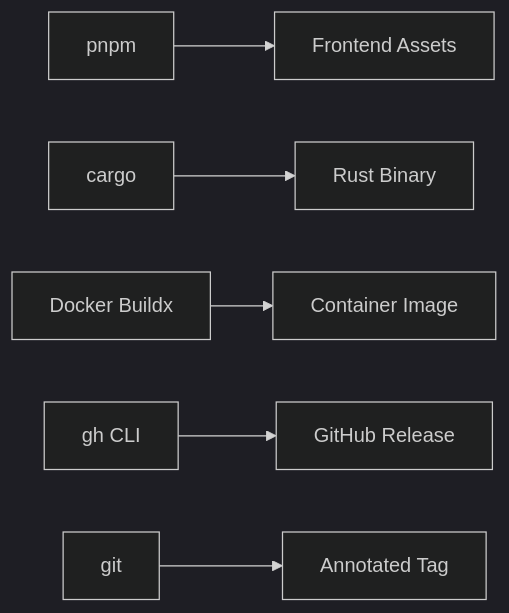
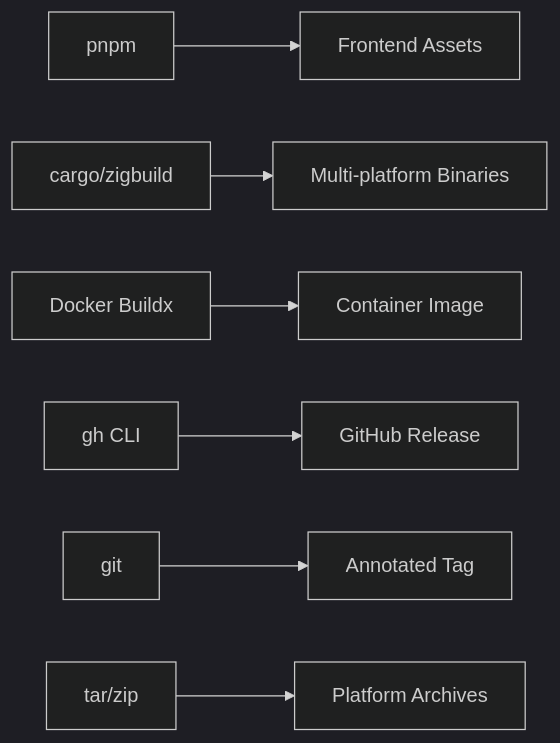
The seventh of 7 diagrams in .qoder/repowiki/en/content/Deployment & Operations/Release Process.md (sutanto1010/crablite), drawn with Mermaid (dark theme) before and after one commit. The commit also changed other lines of this file and 7 other files, not shown here.

First line of the commit message:
docs(architecture): update detailed system architecture and documentation

````diff
--- a/.qoder/repowiki/en/content/Deployment & Operations/Release Process.md
+++ b/.qoder/repowiki/en/content/Deployment & Operations/Release Process.md
@@ -376,8 +458,9 @@
 ```mermaid
 graph LR
 Pnpm["pnpm"] --> FEAssets["Frontend Assets"]
-Cargo["cargo"] --> Binary["Rust Binary"]
+Cargo["cargo/zigbuild"] --> Binary["Multi-platform Binaries"]
 Docker["Docker Buildx"] --> Image["Container Image"]
 GHCLI["gh CLI"] --> Release["GitHub Release"]
 Git["git"] --> Tag["Annotated Tag"]
+Archive["tar/zip"] --> Artifacts["Platform Archives"]
 ```
````
